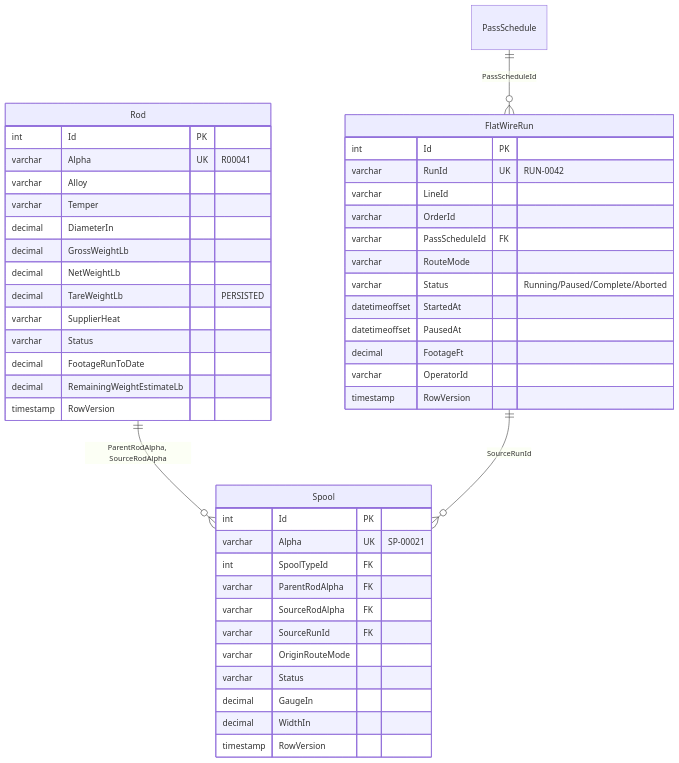
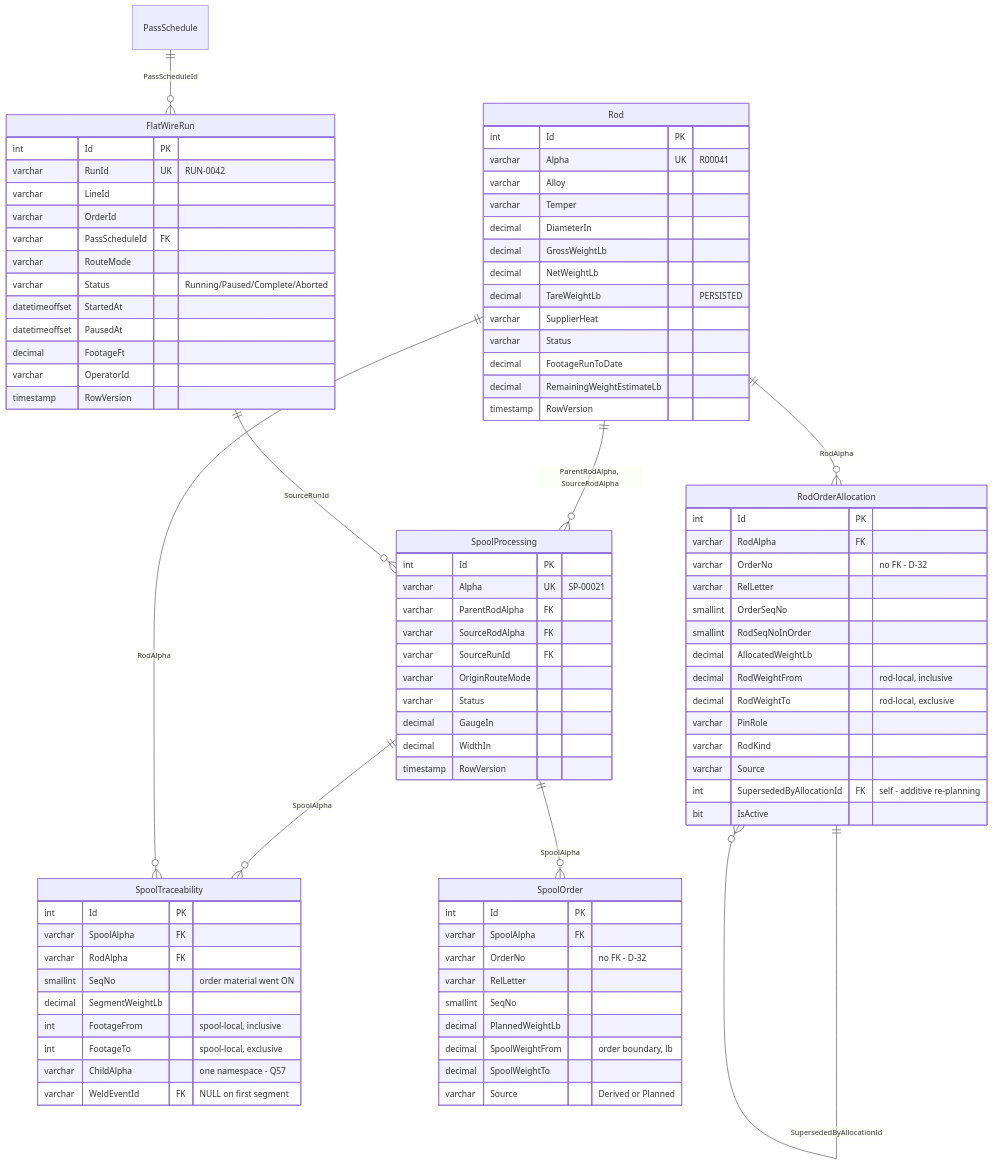
The fifth of 7 diagrams in MVP-1/ProjectPlan/Database/DatabaseDesign.md (UnitedAluminum/Flatwire-planning), drawn with Mermaid before and after one commit. The commit also changed other lines of this file and 142 other files, not shown here.

````diff
--- a/MVP-1/ProjectPlan/Database/DatabaseDesign.md
+++ b/MVP-1/ProjectPlan/Database/DatabaseDesign.md
@@ -541,10 +724,9 @@
         varchar OperatorId
         timestamp RowVersion
     }
-    Spool {
+    SpoolProcessing {
         int Id PK
         varchar Alpha UK "SP-00021"
-        int SpoolTypeId FK
         varchar ParentRodAlpha FK
         varchar SourceRodAlpha FK
         varchar SourceRunId FK
@@ -554,7 +736,50 @@
         decimal WidthIn
         timestamp RowVersion
     }
-    Rod         ||--o{ Spool : "ParentRodAlpha, SourceRodAlpha"
-    FlatWireRun ||--o{ Spool : "SourceRunId"
+    SpoolTraceability {
+        int Id PK
+        varchar SpoolAlpha FK
+        varchar RodAlpha FK
+        smallint SeqNo "order material went ON"
+        decimal SegmentWeightLb
+        int FootageFrom "spool-local, inclusive"
+        int FootageTo "spool-local, exclusive"
+        varchar ChildAlpha "one namespace - Q57"
+        varchar WeldEventId FK "NULL on first segment"
+    }
+    SpoolOrder {
+        int Id PK
+        varchar SpoolAlpha FK
+        varchar OrderNo "no FK - D-32"
+        varchar RelLetter
+        smallint SeqNo
+        decimal PlannedWeightLb
+        decimal SpoolWeightFrom "order boundary, lb"
+        decimal SpoolWeightTo
+        varchar Source "Derived or Planned"
+    }
+    RodOrderAllocation {
+        int Id PK
+        varchar RodAlpha FK
+        varchar OrderNo "no FK - D-32"
+        varchar RelLetter
+        smallint OrderSeqNo
+        smallint RodSeqNoInOrder
+        decimal AllocatedWeightLb
+        decimal RodWeightFrom "rod-local, inclusive"
+        decimal RodWeightTo "rod-local, exclusive"
+        varchar PinRole
+        varchar RodKind
+        varchar Source
+        int SupersededByAllocationId FK "self - additive re-planning"
+        bit IsActive
+    }
+    Rod         ||--o{ SpoolProcessing : "ParentRodAlpha, SourceRodAlpha"
+    FlatWireRun ||--o{ SpoolProcessing : "SourceRunId"
     PassSchedule ||--o{ FlatWireRun : "PassScheduleId"
+    SpoolProcessing ||--o{ SpoolTraceability : "SpoolAlpha"
+    Rod         ||--o{ SpoolTraceability : "RodAlpha"
+    SpoolProcessing ||--o{ SpoolOrder : "SpoolAlpha"
+    Rod         ||--o{ RodOrderAllocation : "RodAlpha"
+    RodOrderAllocation ||--o{ RodOrderAllocation : "SupersededByAllocationId"
 ```
````
